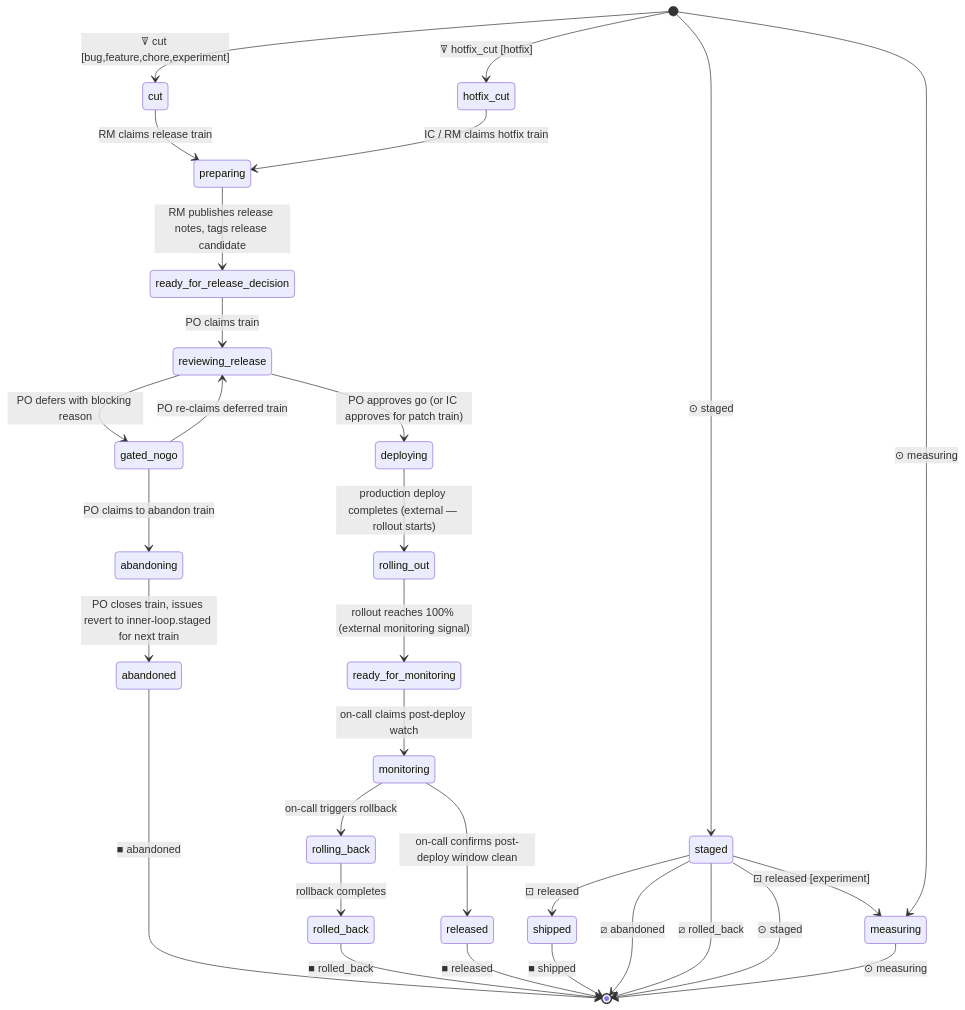
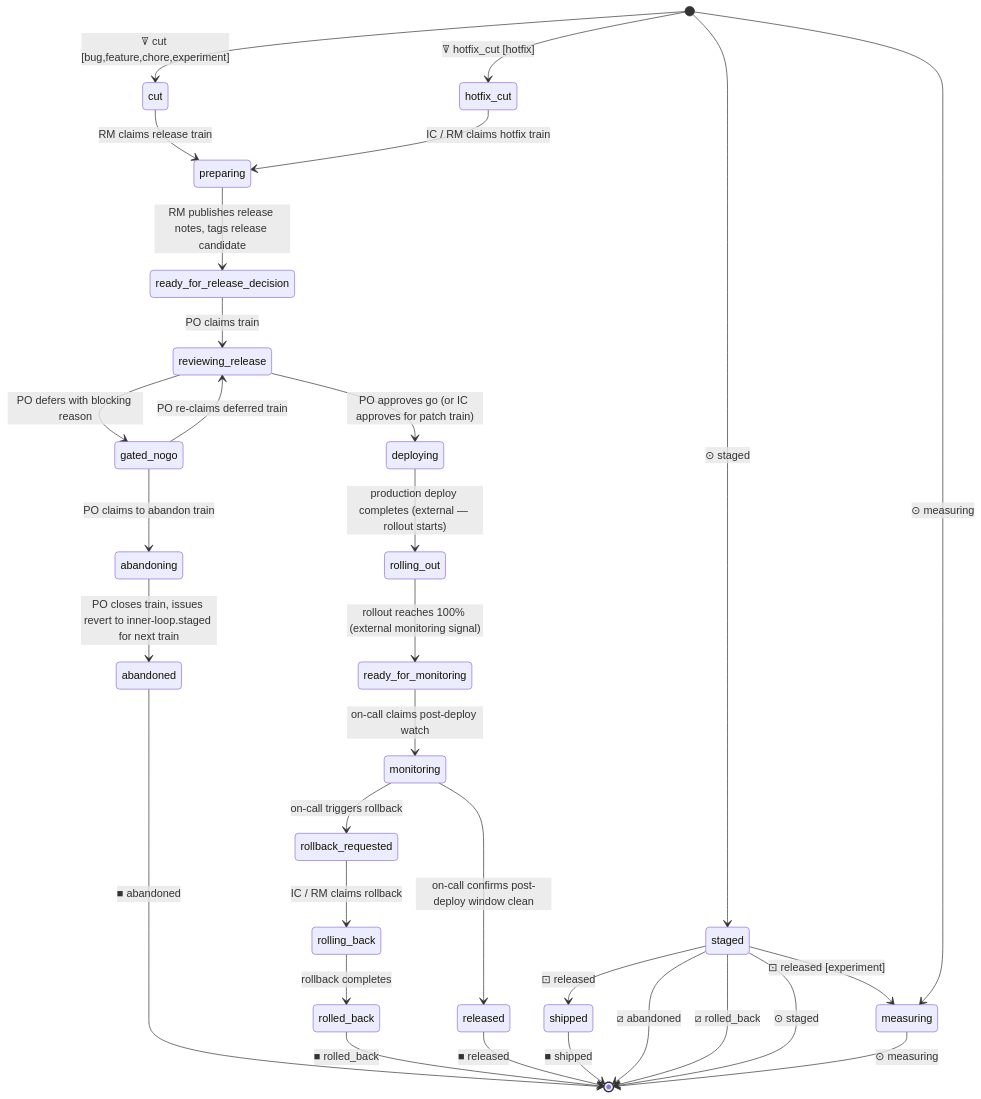
One commit to blemees/blemees-workflow changed the diagram in examples/workflows/release-states.mermaid. Above: the diagram before and after it, drawn with Mermaid. The commit also changed 22 other files, not shown here.

```diff
--- a/examples/workflows/release-states.mermaid
+++ b/examples/workflows/release-states.mermaid
@@ -1,36 +1,37 @@
 stateDiagram-v2
     direction TB
     %% Cross-process interfaces:
     %%   Handoff: staged (shared resting state)
     %%   Handoff: measuring (shared resting state)
     %%
 
     cut --> preparing: RM claims release train
     hotfix_cut --> preparing: IC / RM claims hotfix train
     preparing --> ready_for_release_decision: RM publishes release notes, tags release candidate
     ready_for_release_decision --> reviewing_release: PO claims train
     reviewing_release --> gated_nogo: PO defers with blocking reason
     reviewing_release --> deploying: PO approves go (or IC approves for patch train)
     gated_nogo --> reviewing_release: PO re-claims deferred train
     gated_nogo --> abandoning: PO claims to abandon train
     abandoning --> abandoned: PO closes train, issues revert to inner-loop.staged for next train
     deploying --> rolling_out: production deploy completes (external — rollout starts)
     rolling_out --> ready_for_monitoring: rollout reaches 100% (external monitoring signal)
     ready_for_monitoring --> monitoring: on-call claims post-deploy watch
     monitoring --> released: on-call confirms post-deploy window clean
-    monitoring --> rolling_back: on-call triggers rollback
+    monitoring --> rollback_requested: on-call triggers rollback
+    rollback_requested --> rolling_back: IC / RM claims rollback
     rolling_back --> rolled_back: rollback completes
     abandoned --> [*]: ■ abandoned
     rolled_back --> [*]: ■ rolled_back
     released --> [*]: ■ released
     shipped --> [*]: ■ shipped
     staged --> measuring: ⊡ released [experiment]
     staged --> shipped: ⊡ released
     staged --> [*]: ⧄ abandoned
     staged --> [*]: ⧄ rolled_back
     [*] --> staged: ⊙ staged
     staged --> [*]: ⊙ staged
     [*] --> measuring: ⊙ measuring
     measuring --> [*]: ⊙ measuring
     [*] --> cut: ꘜ cut [bug,feature,chore,experiment]
     [*] --> hotfix_cut: ꘜ hotfix_cut [hotfix]
```
